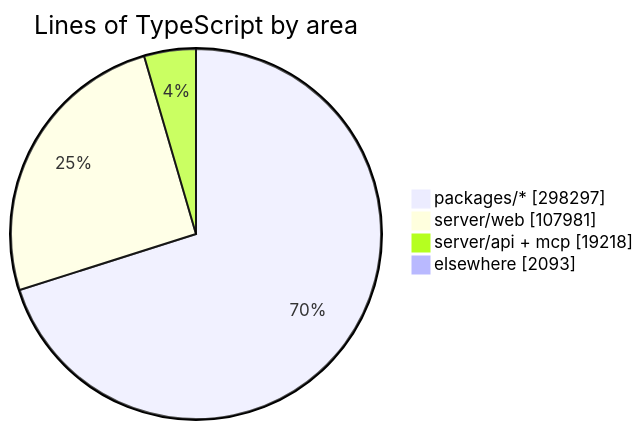
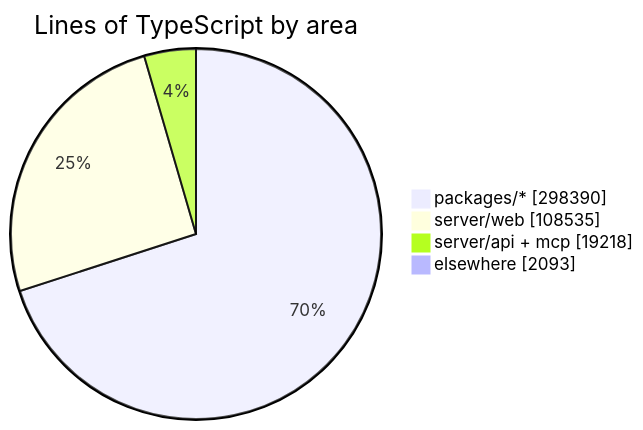
The diagram in README.md (crossworks-engineering/mantle), drawn with Mermaid before and after one commit. The commit also changed other lines of this file and 2 other files, not shown here.

````diff
--- a/README.md
+++ b/README.md
@@ -294,7 +294,7 @@
 ```mermaid
 pie showData title Lines of TypeScript by area
-    "packages/*" : 298297
-    "server/web" : 107981
+    "packages/*" : 298390
+    "server/web" : 108535
     "server/api + mcp" : 19218
     "elsewhere" : 2093
 ```
````
